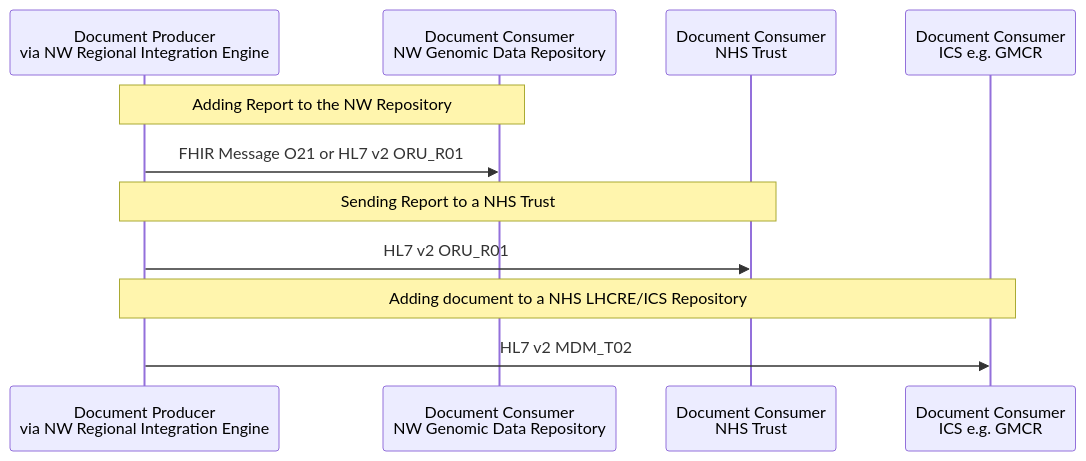
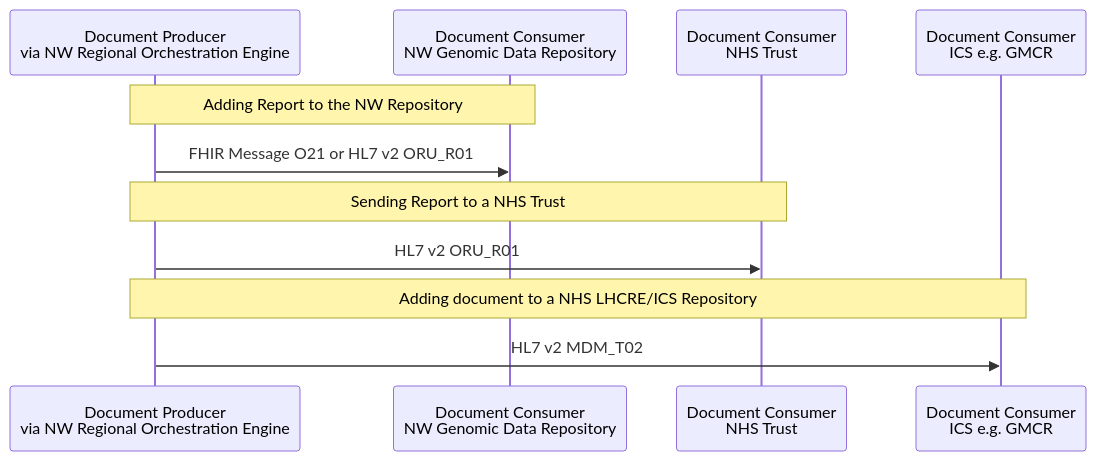
Before and after one commit to uk-gov-mirror/nw-gmsa.nw-gmsa.github.com: the third of 7 diagrams in input/pagecontent/workflow-report-options.md, drawn with Mermaid. The commit also changed other lines of this file and 55 other files, not shown here.

````diff
--- a/input/pagecontent/workflow-report-options.md
+++ b/input/pagecontent/workflow-report-options.md
@@ -92,14 +92,14 @@
 ```mermaid
 sequenceDiagram
-    participant Producer As Document Producer<br/>via NW Regional Integration Engine
+    participant Producer As Document Producer<br/>via NW Regional Orchestration Engine
     participant Repository As Document Consumer<br/>NW Genomic Data Repository
     participant Trust As Document Consumer<br/>NHS Trust
     participant RepositoryICS As Document Consumer<br/>ICS e.g. GMCR
 
     Note over Producer,Repository: Adding Report to the NW Repository
     Producer ->> Repository: FHIR Message O21 or HL7 v2 ORU_R01 
     Note over Producer,Trust: Sending Report to a NHS Trust
     Producer ->> Trust: HL7 v2 ORU_R01 
     Note over Producer,RepositoryICS: Adding document to a NHS LHCRE/ICS Repository
     Producer ->> RepositoryICS: HL7 v2 MDM_T02 
 ```
````
